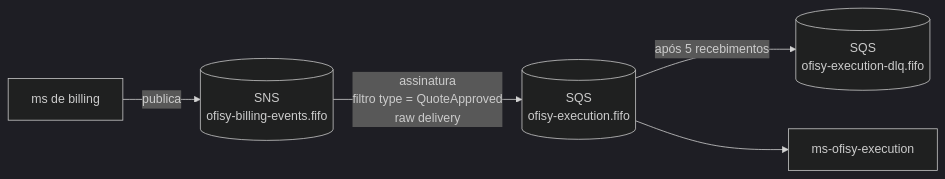
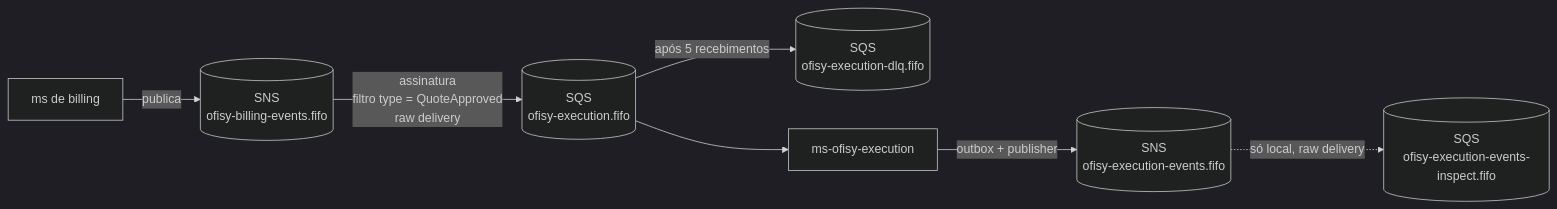
One commit to 15SOAT-FIAP/ms-ofisy-execution changed the first of 3 diagrams in docs/MESSAGING.md. Above: the diagram before and after it, drawn with Mermaid (dark theme). The commit also changed other lines of this file and 2 other files, not shown here.

Commit message:
docs: documentar o outbox e a publicação de eventos

````diff
--- a/docs/MESSAGING.md
+++ b/docs/MESSAGING.md
@@ -9,7 +9,9 @@
 ```mermaid
 flowchart LR
     billing[ms de billing] -->|publica| topic[(SNS<br/>ofisy-billing-events.fifo)]
     topic -->|assinatura<br/>filtro type = QuoteApproved<br/>raw delivery| queue[(SQS<br/>ofisy-execution.fifo)]
     queue -->|após 5 recebimentos| dlq[(SQS<br/>ofisy-execution-dlq.fifo)]
     queue --> app[ms-ofisy-execution]
+    app -->|outbox + publisher| execTopic[(SNS<br/>ofisy-execution-events.fifo)]
+    execTopic -.->|só local, raw delivery| inspect[(SQS<br/>ofisy-execution-events-inspect.fifo)]
 ```
````
